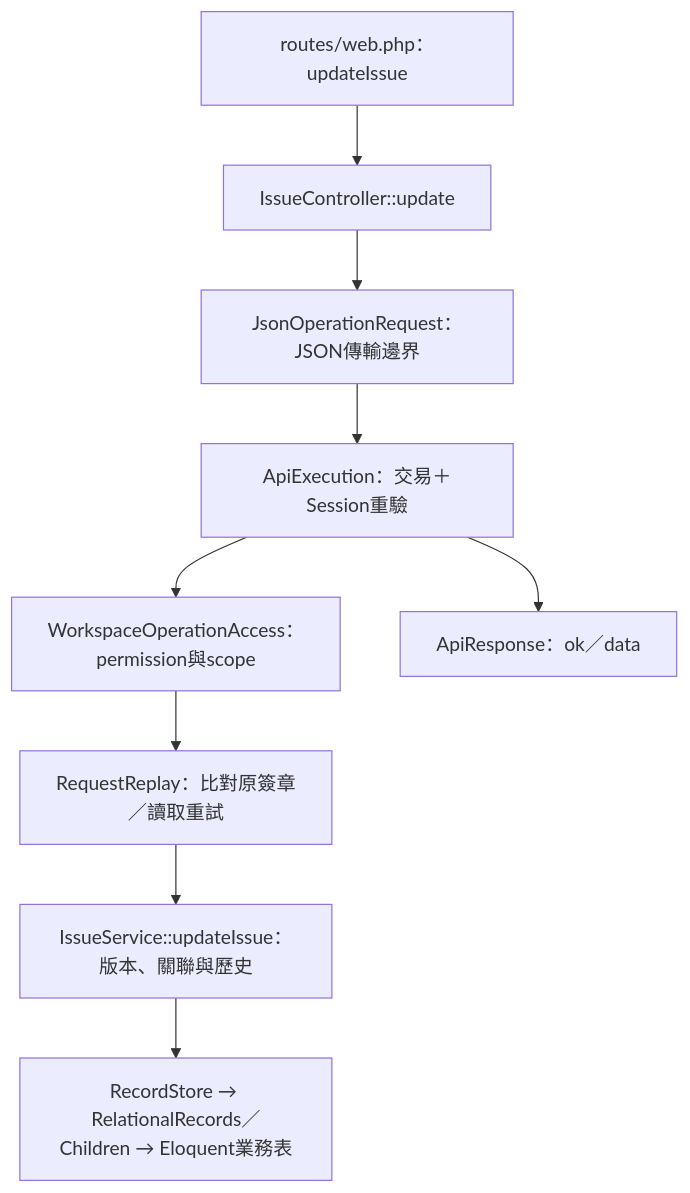
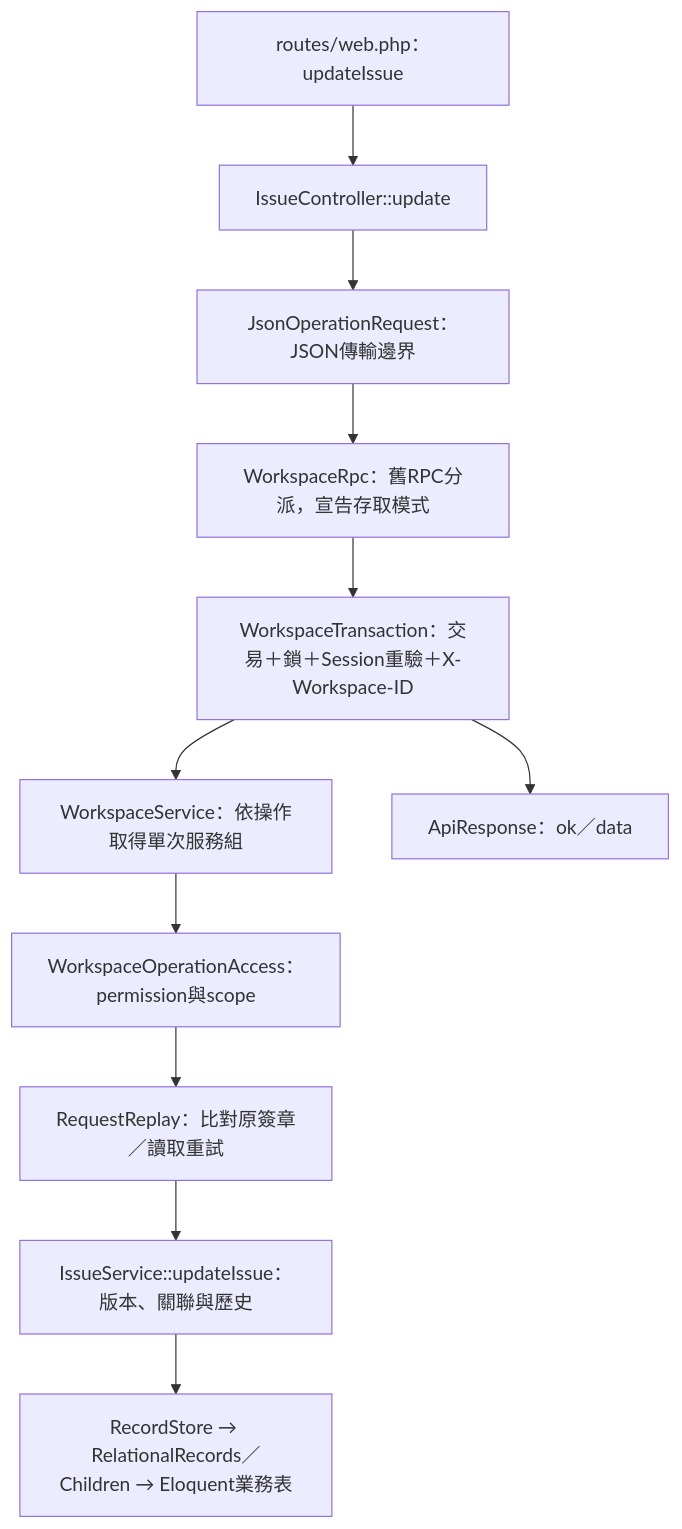
The diagram in docs/backend-development.md (joshting-developer/TaskTracker), drawn with Mermaid before and after one commit. The commit also changed other lines of this file and 40 other files, not shown here.

````diff
--- a/docs/backend-development.md
+++ b/docs/backend-development.md
@@ -9,11 +9,13 @@
 ```mermaid
 flowchart TD
   Route["routes/web.php：updateIssue"] --> Controller["IssueController::update"]
   Controller --> Request["JsonOperationRequest：JSON傳輸邊界"]
-  Request --> Execution["ApiExecution：交易＋Session重驗"]
-  Execution --> Operation["WorkspaceOperationAccess：permission與scope"]
+  Request --> Rpc["WorkspaceRpc：舊RPC分派，宣告存取模式"]
+  Rpc --> Execution["WorkspaceTransaction：交易＋鎖＋Session重驗＋X-Workspace-ID"]
+  Execution --> Service["WorkspaceService：依操作取得單次服務組"]
+  Service --> Operation["WorkspaceOperationAccess：permission與scope"]
   Operation --> Replay["RequestReplay：比對原簽章／讀取重試"]
   Replay --> Issue["IssueService::updateIssue：版本、關聯與歷史"]
   Issue --> Store["RecordStore → RelationalRecords／Children → Eloquent業務表"]
   Execution --> Response["ApiResponse：ok／data"]
 ```
````
